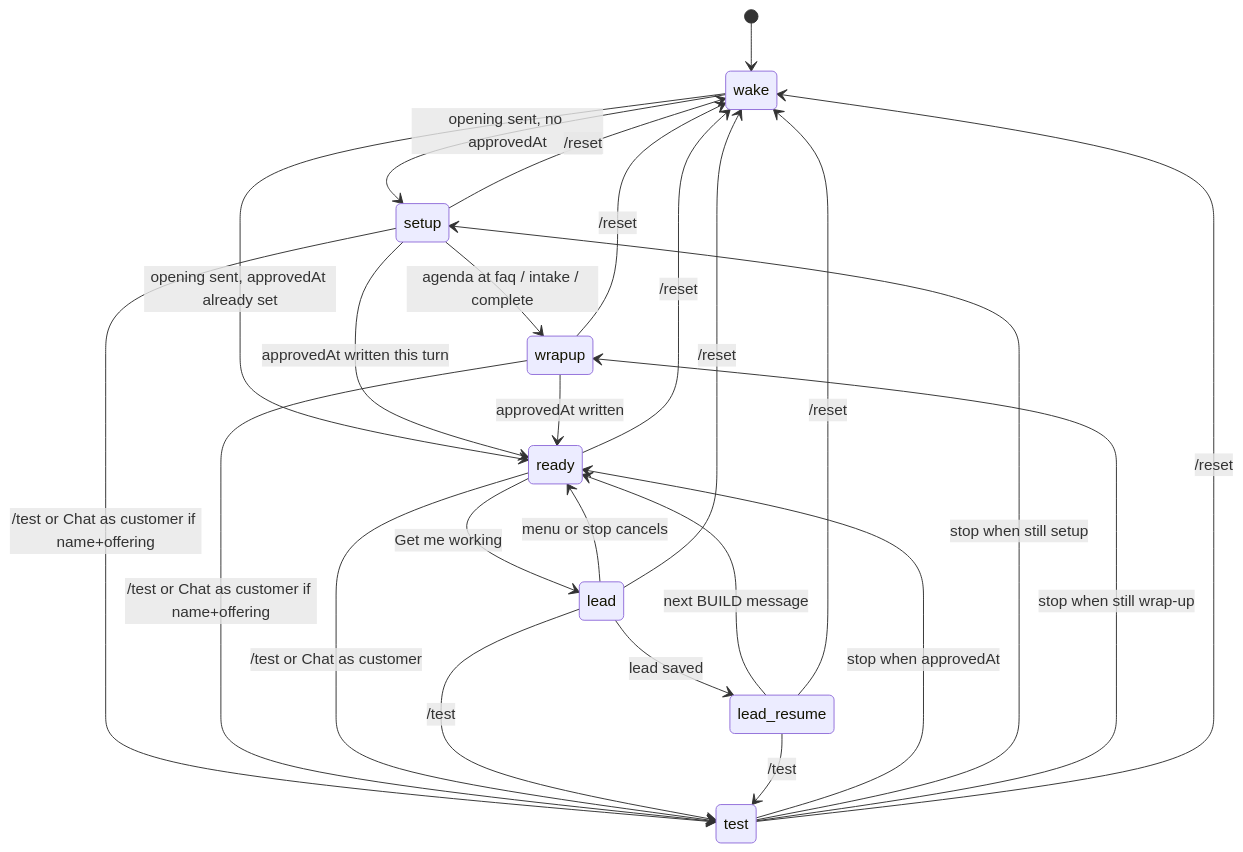
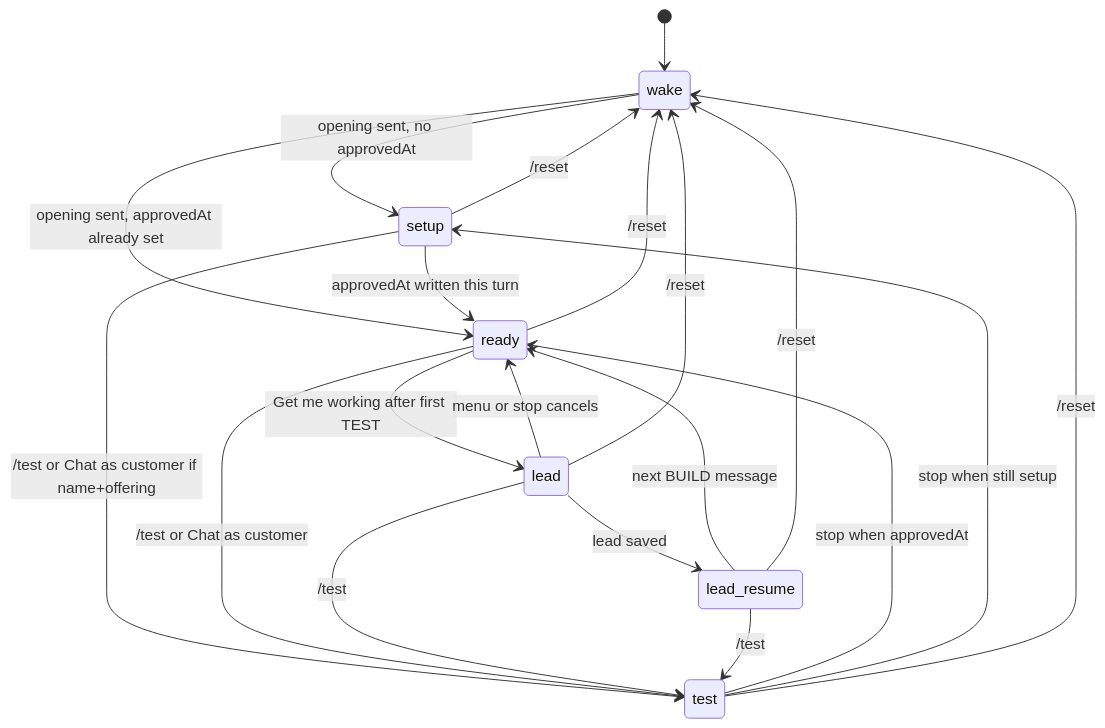
Before and after one commit to ofirbedarshi/easyBot: the first of 2 diagrams in BUILDER.md, drawn with Mermaid. The commit also changed other lines of this file and 36 other files, not shown here.

````diff
--- a/BUILDER.md
+++ b/BUILDER.md
@@ -43,27 +43,22 @@
 ```mermaid
 stateDiagram-v2
   [*] --> wake
   wake --> setup: opening sent, no approvedAt
   wake --> ready: opening sent, approvedAt already set
-  setup --> wrapup: agenda at faq / intake / complete
   setup --> ready: approvedAt written this turn
-  wrapup --> ready: approvedAt written
   setup --> test: /test or Chat as customer if name+offering
-  wrapup --> test: /test or Chat as customer if name+offering
   ready --> test: /test or Chat as customer
   test --> ready: stop when approvedAt
   test --> setup: stop when still setup
-  test --> wrapup: stop when still wrap-up
-  ready --> lead: Get me working
+  ready --> lead: Get me working after first TEST
   lead --> lead_resume: lead saved
   lead --> ready: menu or stop cancels
   lead --> test: /test
   lead_resume --> ready: next BUILD message
   lead_resume --> test: /test
   ready --> wake: /reset
   setup --> wake: /reset
-  wrapup --> wake: /reset
   test --> wake: /reset
   lead --> wake: /reset
   lead_resume --> wake: /reset
 ```
````
